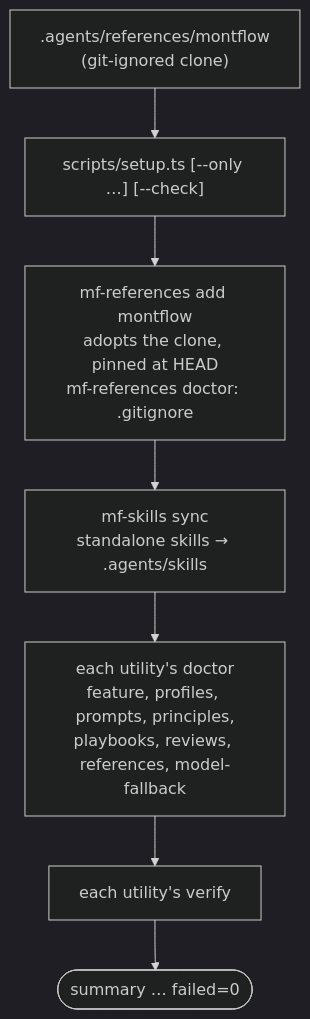
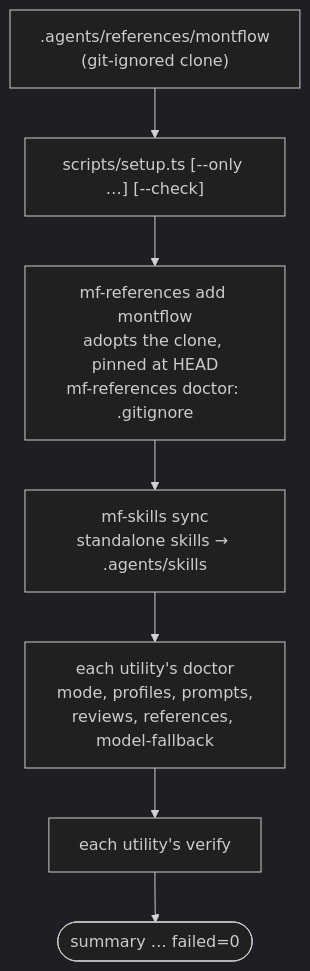
Before and after one commit to montflow/montflow: the diagram in README.md, drawn with Mermaid (dark theme). The commit also changed other lines of this file and 366 other files, not shown here.

First line of the commit message:
refactor!: rename mf-feature to mf-mode and fold principles and playbooks into it

````diff
--- a/README.md
+++ b/README.md
@@ -61,9 +61,9 @@
 ```mermaid
 flowchart TD
     clone[".agents/references/montflow<br/>(git-ignored clone)"] --> setup["scripts/setup.ts [--only …] [--check]"]
     setup --> reg["mf-references add montflow<br/>adopts the clone, pinned at HEAD<br/>mf-references doctor: .gitignore"]
     reg --> sync["mf-skills sync<br/>standalone skills → .agents/skills"]
-    sync --> doctors["each utility's doctor<br/>feature, profiles, prompts, principles,<br/>playbooks, reviews, references, model-fallback"]
+    sync --> doctors["each utility's doctor<br/>mode, profiles, prompts,<br/>reviews, references, model-fallback"]
     doctors --> verify["each utility's verify"]
     verify --> summary(["summary … failed=0"])
 ```
````
